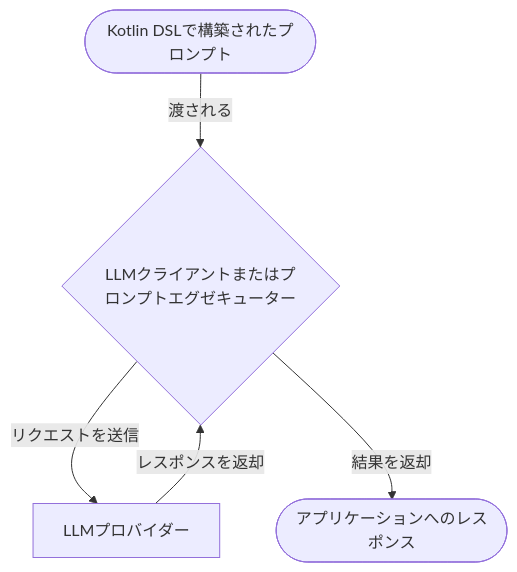
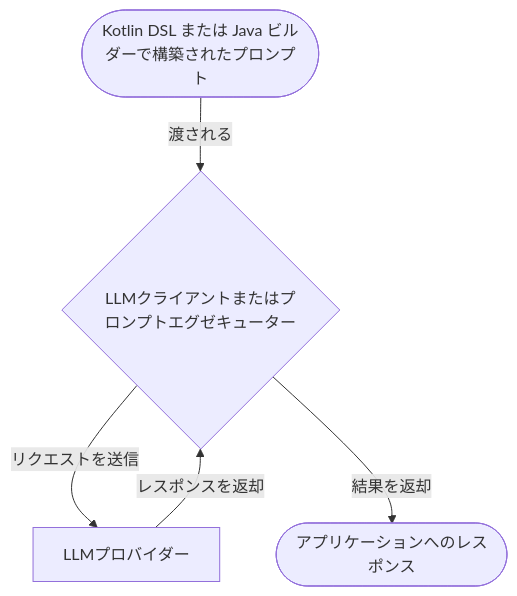
One commit to BinaryTape/Open-Docs changed the first of 2 diagrams in docs/ja/koog/prompts/index.md. Above: the diagram before and after it, drawn with Mermaid. The commit also changed other lines of this file and 818 other files, not shown here.

````diff
--- a/docs/ja/koog/prompts/index.md
+++ b/docs/ja/koog/prompts/index.md
@@ -40,12 +60,12 @@
 ```mermaid
 flowchart TB
-    A([Kotlin DSLで構築されたプロンプト])
+    A([Kotlin DSL または Java ビルダーで構築されたプロンプト])
     B{LLMクライアントまたはプロンプトエグゼキューター}
     C[LLMプロバイダー]
     D([アプリケーションへのレスポンス])
 
     A -->|"渡される"| B
     B -->|"リクエストを送信"| C
     C -->|"レスポンスを返却"| B
     B -->|"結果を返却"| D
 ```
````
